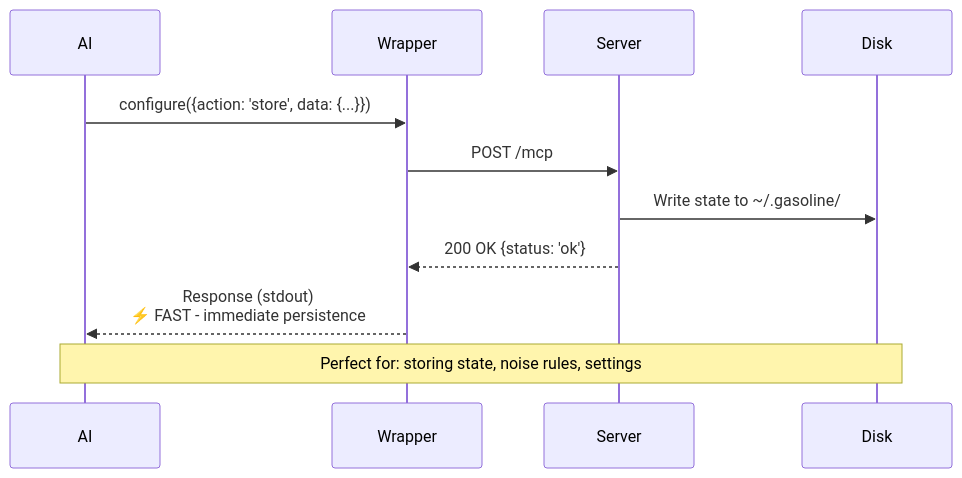
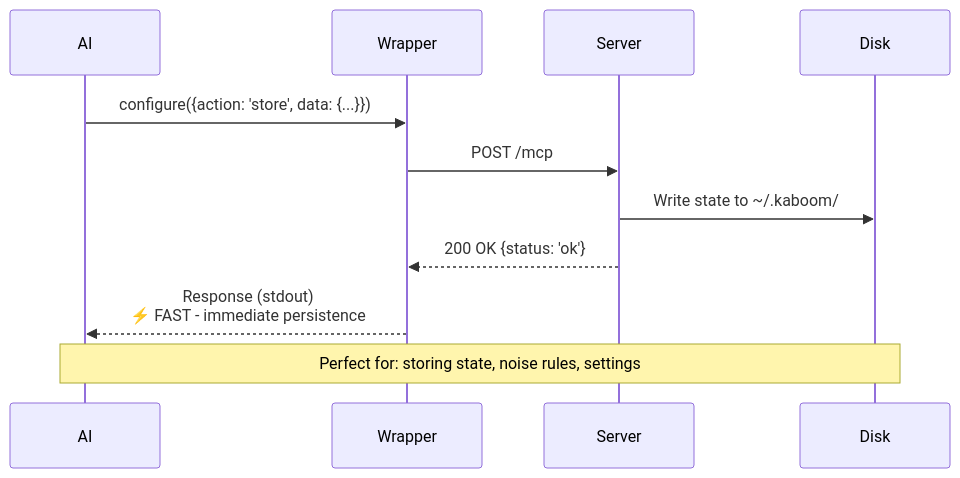
The third of 6 diagrams in docs/architecture/diagrams/request-response-cycle.md (brennhill/gasoline-mcp-ai-devtools), drawn with Mermaid before and after one commit. The commit also changed other lines of this file and 1983 other files, not shown here.

````diff
--- a/docs/architecture/diagrams/request-response-cycle.md
+++ b/docs/architecture/diagrams/request-response-cycle.md
@@ -150,15 +150,15 @@
 ```mermaid
 sequenceDiagram
     participant AI
     participant Wrapper
     participant Server
     participant Disk
 
     AI->>Wrapper: configure({action: 'store', data: {...}})
     Wrapper->>Server: POST /mcp
-    Server->>Disk: Write state to ~/.gasoline/
+    Server->>Disk: Write state to ~/.kaboom/
     Server-->>Wrapper: 200 OK {status: 'ok'}
     Wrapper-->>AI: Response (stdout)<br/>⚡ FAST - immediate persistence
 
     Note over AI,Disk: Perfect for: storing state, noise rules, settings
 ```
````
